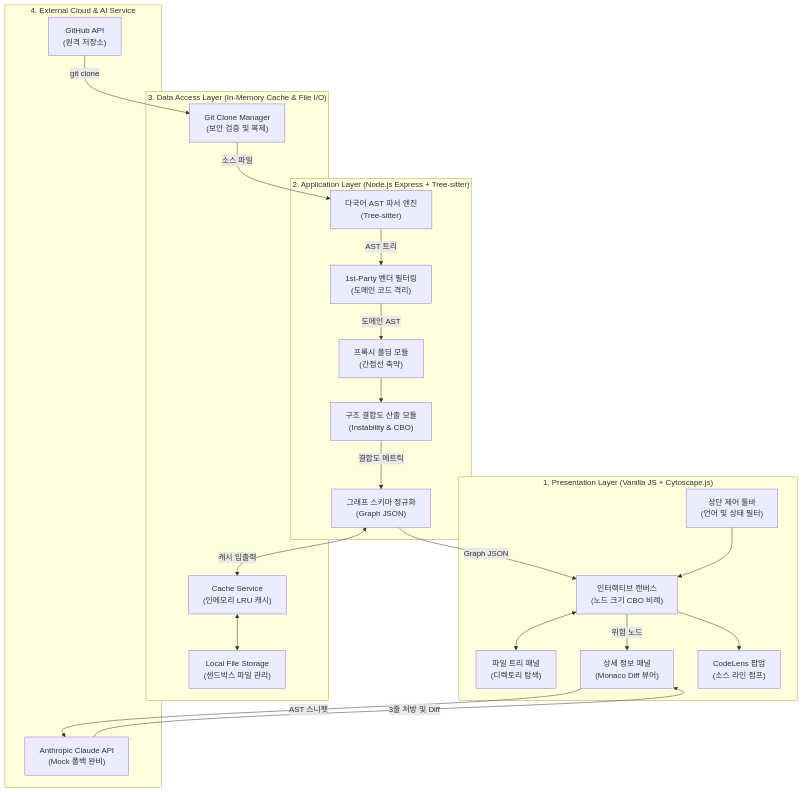
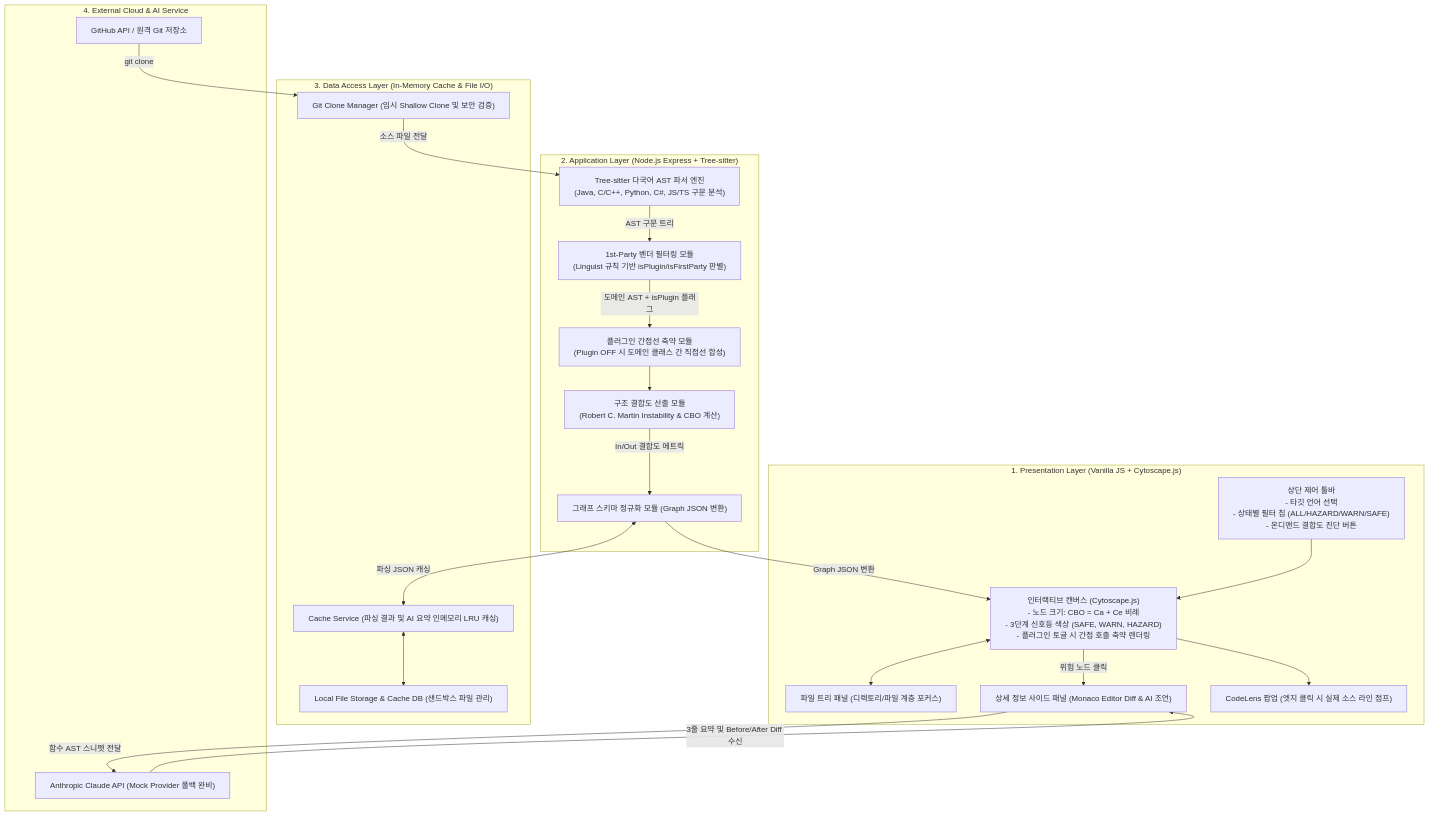
The diagram in docs/architecture.md (Jiin5906/CodeDiagram), drawn with Mermaid before and after one commit. The commit also changed 3 other files, not shown here.

Commit message:
fix(docs): Mermaid flowchart wrappingWidth 설정으로 한글 자동 줄바꿈 슬라이싱 해결

````diff
--- a/docs/architecture.md
+++ b/docs/architecture.md
@@ -11,47 +11,48 @@
 ```mermaid
+%%{init: {'flowchart': {'wrappingWidth': 600}}}%%
 flowchart TD
     subgraph PresentationLayer ["1. Presentation Layer (Vanilla JS + Cytoscape.js)"]
-        UI_Tree["파일 트리 패널<br/>(디렉토리 탐색)"]
-        UI_Control["상단 제어 툴바<br/>(언어 및 상태 필터)"]
-        UI_Canvas["인터랙티브 캔버스<br/>(노드 크기 CBO 비례)"]
-        UI_Panel["상세 정보 패널<br/>(Monaco Diff 뷰어)"]
-        UI_CodeLens["CodeLens 팝업<br/>(소스 라인 점프)"]
+        UI_Tree["파일 트리 패널 (디렉토리/파일 계층 포커스)"]
+        UI_Control["상단 제어 툴바<br/>- 타깃 언어 선택<br/>- 상태별 필터 칩 (ALL/HAZARD/WARN/SAFE)<br/>- 온디맨드 결합도 진단 버튼"]
+        UI_Canvas["인터랙티브 캔버스 (Cytoscape.js)<br/>- 노드 크기: CBO = Ca + Ce 비례<br/>- 3단계 신호등 색상 (SAFE, WARN, HAZARD)<br/>- 플러그인 토글 시 간접 호출 축약 렌더링"]
+        UI_Panel["상세 정보 사이드 패널 (Monaco Editor Diff & AI 조언)"]
+        UI_CodeLens["CodeLens 팝업 (엣지 클릭 시 실제 소스 라인 점프)"]
     end
 
     subgraph ApplicationLayer ["2. Application Layer (Node.js Express + Tree-sitter)"]
-        App_Parser["다국어 AST 파서 엔진<br/>(Tree-sitter)"]
-        App_Filter["1st-Party 벤더 필터링<br/>(도메인 코드 격리)"]
-        App_Toggle["프록시 폴딩 모듈<br/>(간접선 축약)"]
-        App_Metrics["구조 결합도 산출 모듈<br/>(Instability & CBO)"]
-        App_Schema["그래프 스키마 정규화<br/>(Graph JSON)"]
+        App_Parser["Tree-sitter 다국어 AST 파서 엔진<br/>(Java, C/C++, Python, C#, JS/TS 구문 분석)"]
+        App_Filter["1st-Party 벤더 필터링 모듈<br/>(Linguist 규칙 기반 isPlugin/isFirstParty 판별)"]
+        App_Toggle["플러그인 간접선 축약 모듈<br/>(Plugin OFF 시 도메인 클래스 간 직접선 합성)"]
+        App_Metrics["구조 결합도 산출 모듈<br/>(Robert C. Martin Instability & CBO 계산)"]
+        App_Schema["그래프 스키마 정규화 모듈 (Graph JSON 변환)"]
     end
 
     subgraph DataAccessLayer ["3. Data Access Layer (In-Memory Cache & File I/O)"]
-        DA_Git["Git Clone Manager<br/>(보안 검증 및 복제)"]
-        DA_Cache["Cache Service<br/>(인메모리 LRU 캐시)"]
-        DA_Storage["Local File Storage<br/>(샌드박스 파일 관리)"]
+        DA_Git["Git Clone Manager (임시 Shallow Clone 및 보안 검증)"]
+        DA_Cache["Cache Service (파싱 결과 및 AI 요약 인메모리 LRU 캐싱)"]
+        DA_Storage["Local File Storage & Cache DB (샌드박스 파일 관리)"]
     end
 
     subgraph ExternalCloud ["4. External Cloud & AI Service"]
-        Ext_GitHub["GitHub API<br/>(원격 저장소)"]
-        Ext_Claude["Anthropic Claude API<br/>(Mock 폴백 완비)"]
+        Ext_GitHub["GitHub API / 원격 Git 저장소"]
+        Ext_Claude["Anthropic Claude API (Mock Provider 폴백 완비)"]
     end
 
     %% 데이터 흐름
     Ext_GitHub -->|git clone| DA_Git
-    DA_Git -->|소스 파일| App_Parser
-    App_Parser -->|AST 트리| App_Filter
-    App_Filter -->|도메인 AST| App_Toggle
+    DA_Git -->|소스 파일 전달| App_Parser
+    App_Parser -->|AST 구문 트리| App_Filter
+    App_Filter -->|도메인 AST + isPlugin 플래그| App_Toggle
     App_Toggle --> App_Metrics
-    App_Metrics -->|결합도 메트릭| App_Schema
-    App_Schema -->|Graph JSON| UI_Canvas
-    App_Schema <-->|캐시 입출력| DA_Cache
+    App_Metrics -->|In/Out 결합도 메트릭| App_Schema
+    App_Schema -->|Graph JSON 변환| UI_Canvas
+    App_Schema <-->|파싱 JSON 캐싱| DA_Cache
     DA_Cache <--> DA_Storage
 
     UI_Control --> UI_Canvas
     UI_Canvas <--> UI_Tree
     UI_Canvas --> UI_CodeLens
-    UI_Canvas -->|위험 노드| UI_Panel
-    UI_Panel -->|AST 스니펫| Ext_Claude
-    Ext_Claude -->|3줄 처방 및 Diff| UI_Panel
+    UI_Canvas -->|위험 노드 클릭| UI_Panel
+    UI_Panel -->|함수 AST 스니펫 전달| Ext_Claude
+    Ext_Claude -->|3줄 요약 및 Before/After Diff 수신| UI_Panel
 ```
````
